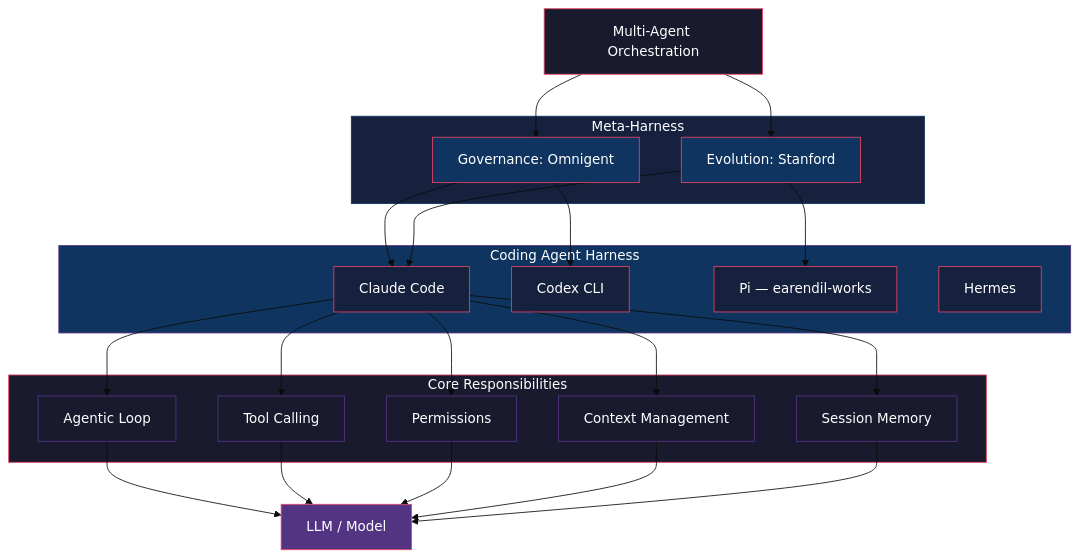
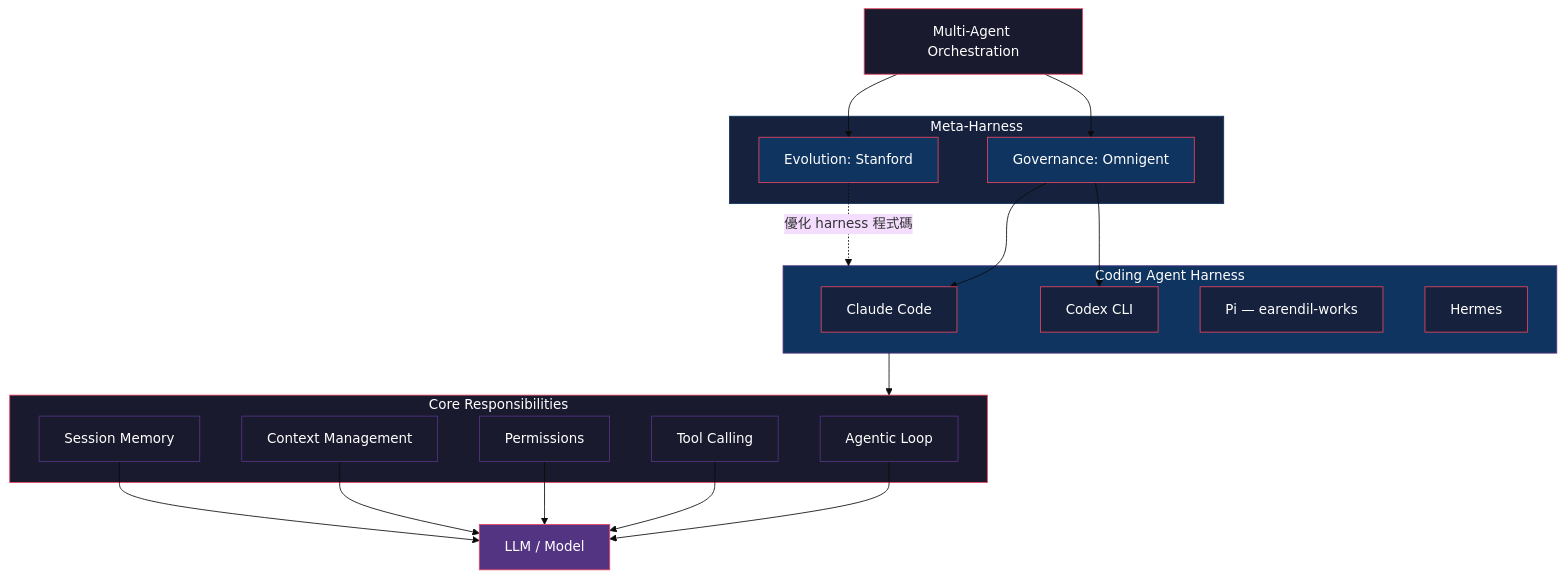
The diagram in wiki/visualizations/harness-seed-map.md (CheerioCorner/cheerio-wiki), drawn with Mermaid (base theme) before and after one commit. The commit also changed other lines of this file, not shown here.

Commit message:
fix(visualmap): 修正 Harness 視覺地圖兩處語意錯誤
- 刪除 EVO-->CC、EVO-->PA 假關係（Stanford 不管理特定產品）
- 新增 EVO -.->|優化 harness 程式碼| CAH（虛線指向概念層）
- 刪除 CC-->AL/TC/PM/CM/SM（不應只由單一產品代表）
- 新增 CAH-->CORE（概念層整體連結五大職責）
- 更新結構解讀文字（EVO 語意、CAH→CORE 關係）
- mmdc render 驗證通過
- 同步更新 Notion 視覺地圖頁

````diff
--- a/wiki/visualizations/harness-seed-map.md
+++ b/wiki/visualizations/harness-seed-map.md
@@ -25,60 +26,55 @@
 ```mermaid
 graph TD
     TOP["Multi-Agent Orchestration"]
 
     subgraph MH["Meta-Harness"]
         GOV["Governance: Omnigent"]
         EVO["Evolution: Stanford"]
     end
 
     subgraph CAH["Coding Agent Harness"]
         CC["Claude Code"]
         CX["Codex CLI"]
         PA["Pi — earendil-works"]
         HM["Hermes"]
     end
 
     subgraph CORE["Core Responsibilities"]
         AL["Agentic Loop"]
         TC["Tool Calling"]
         PM["Permissions"]
         CM["Context Management"]
         SM["Session Memory"]
     end
 
     LLM["LLM / Model"]
 
     TOP --> GOV
     TOP --> EVO
     GOV --> CC
     GOV --> CX
-    EVO --> CC
-    EVO --> PA
-    CC --> AL
-    CC --> TC
-    CC --> PM
-    CC --> CM
-    CC --> SM
+    EVO -.->|"優化 harness 程式碼"| CAH
+    CAH --> CORE
     AL --> LLM
     TC --> LLM
     PM --> LLM
     CM --> LLM
     SM --> LLM
 
     style TOP fill:#1a1a2e,stroke:#e94560,color:#fff
     style MH fill:#16213e,stroke:#0f3460,color:#fff
     style CAH fill:#0f3460,stroke:#533483,color:#fff
     style CORE fill:#1a1a2e,stroke:#e94560,color:#fff
     style LLM fill:#533483,stroke:#e94560,color:#fff
     style GOV fill:#0f3460,stroke:#e94560,color:#fff
     style EVO fill:#0f3460,stroke:#e94560,color:#fff
     style CC fill:#16213e,stroke:#e94560,color:#fff
     style CX fill:#16213e,stroke:#e94560,color:#fff
     style PA fill:#16213e,stroke:#e94560,color:#fff
     style HM fill:#16213e,stroke:#e94560,color:#fff
     style AL fill:#1a1a2e,stroke:#533483,color:#fff
     style TC fill:#1a1a2e,stroke:#533483,color:#fff
     style PM fill:#1a1a2e,stroke:#533483,color:#fff
     style CM fill:#1a1a2e,stroke:#533483,color:#fff
     style SM fill:#1a1a2e,stroke:#533483,color:#fff
 ```
````
